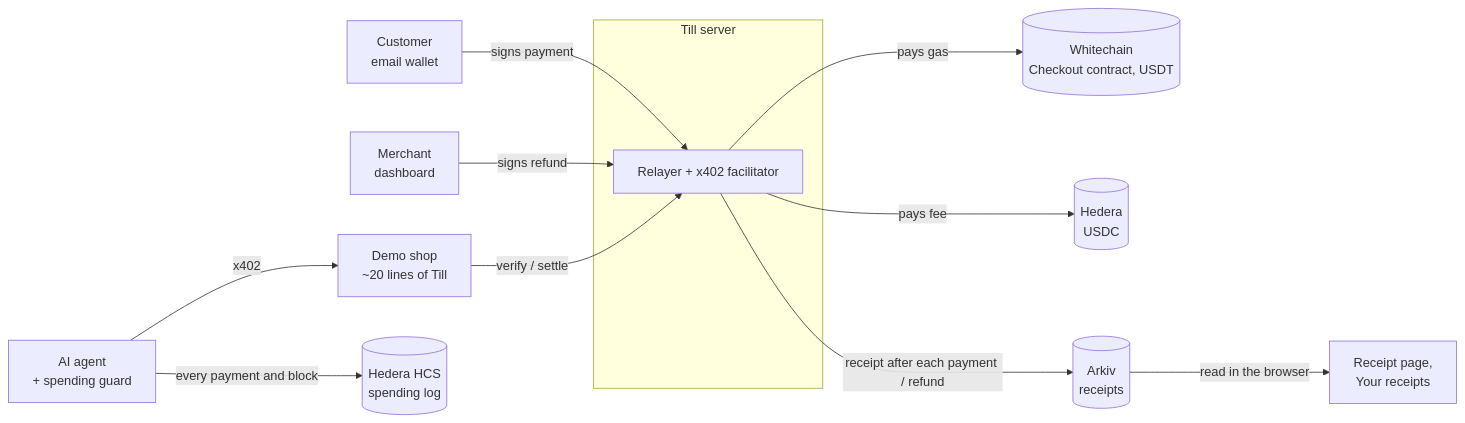
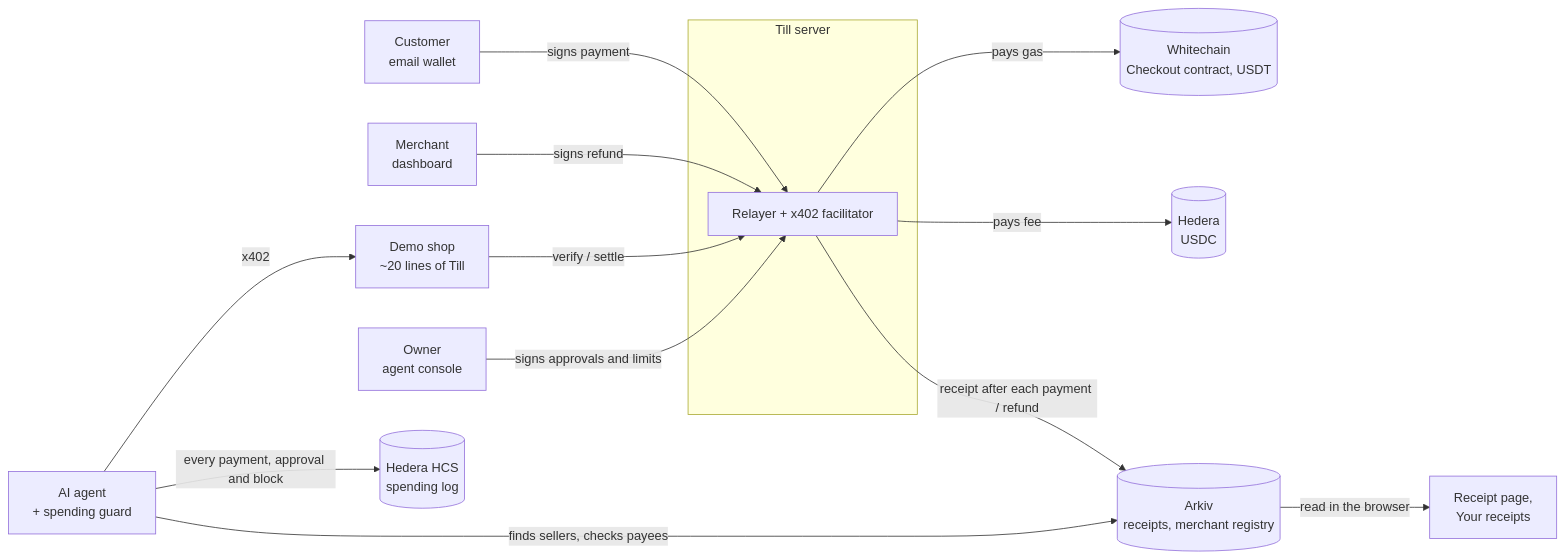
Before and after one commit to ishtails/till-checkout: the diagram in README.md, drawn with Mermaid. The commit also changed other lines of this file and 1 other file, not shown here.

Commit message:
README and AI_USAGE: approvals, signed limits, agent refunds, the Arkiv registry, gas tank and docs, with today's log and transactions

````diff
--- a/README.md
+++ b/README.md
@@ -77,15 +85,17 @@
 ```mermaid
 flowchart LR
   C[Customer<br/>email wallet] -- signs payment --> R
   M[Merchant<br/>dashboard] -- signs refund --> R
   A[AI agent<br/>+ spending guard] -- x402 --> S[Demo shop<br/>~20 lines of Till]
   S -- verify / settle --> R
   subgraph Till[Till server]
     R[Relayer + x402 facilitator]
   end
   R -- pays gas --> WC[(Whitechain<br/>Checkout contract, USDT)]
   R -- pays fee --> HE[(Hedera<br/>USDC)]
-  A -- every payment and block --> T[(Hedera HCS<br/>spending log)]
-  R -- receipt after each payment / refund --> AR[(Arkiv<br/>receipts)]
+  O[Owner<br/>agent console] -- signs approvals and limits --> R
+  A -- every payment, approval and block --> T[(Hedera HCS<br/>spending log)]
+  R -- receipt after each payment / refund --> AR[(Arkiv<br/>receipts, merchant registry)]
+  A -- finds sellers, checks payees --> AR
   AR -- read in the browser --> P[Receipt page,<br/>Your receipts]
 ```
````
